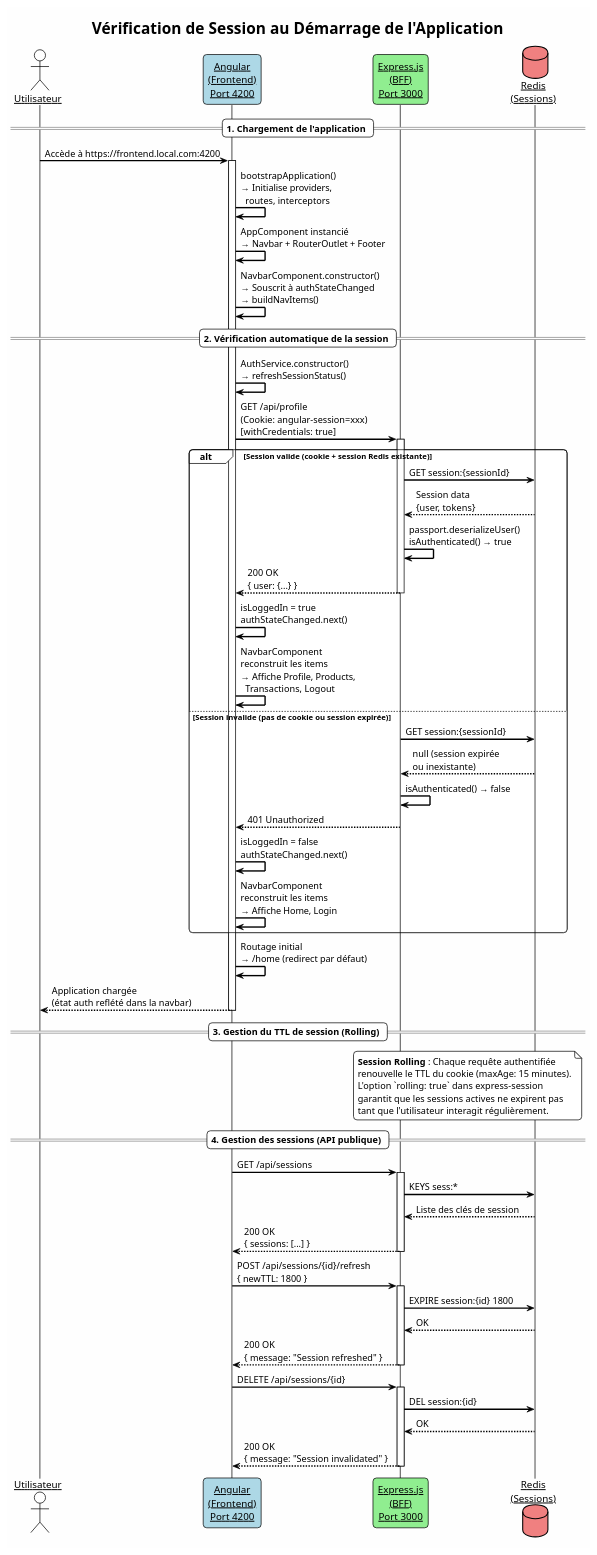
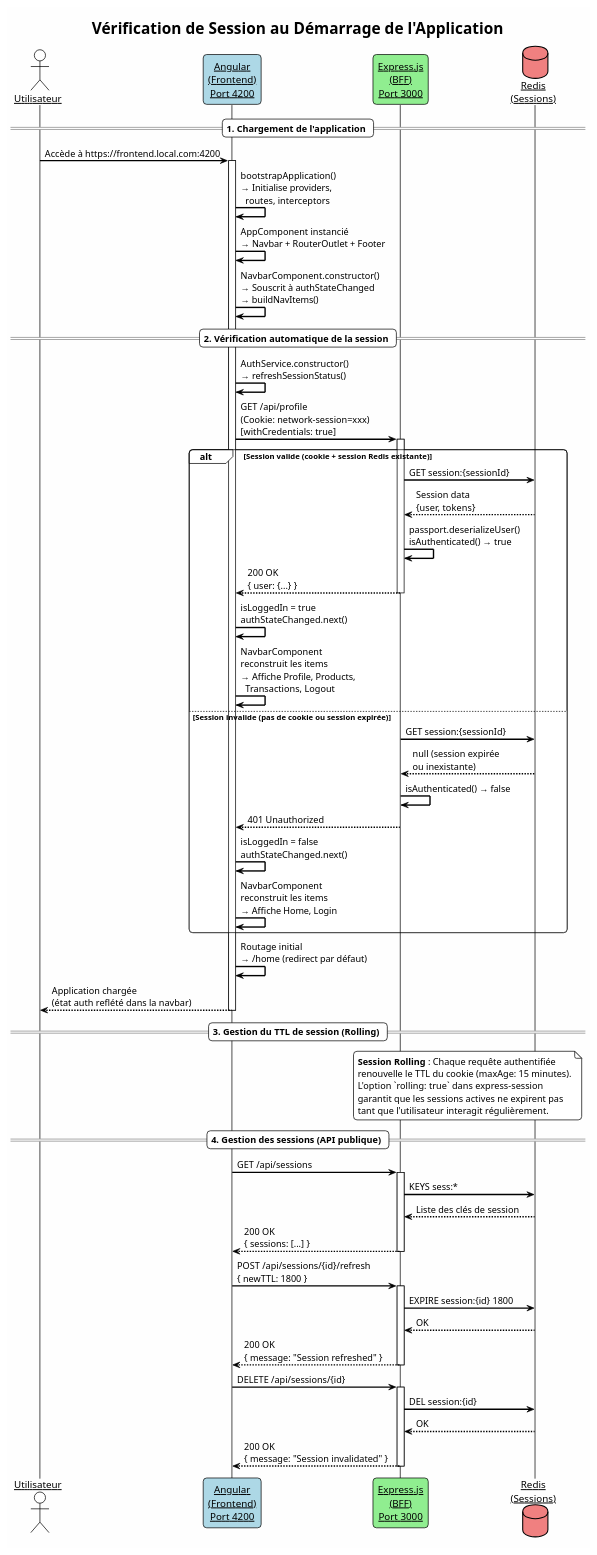
The diagram in docs/diagrams/sequence-session-check.puml (faliherizo/BFF-COOKIE-HTTPONLY), drawn with PlantUML before and after one commit. The commit also changed 272 other files, not shown here.

```diff
--- a/docs/diagrams/sequence-session-check.puml
+++ b/docs/diagrams/sequence-session-check.puml
@@ -1,86 +1,86 @@
 @startuml sequence-session-check
 !theme plain
 skinparam backgroundColor #FEFEFE
 skinparam sequenceArrowThickness 2
 skinparam roundcorner 10
 skinparam sequenceParticipant underline
 
 title Vérification de Session au Démarrage de l'Application
 
 actor "Utilisateur" as User
 participant "Angular\n(Frontend)\nPort 4200" as FE #LightBlue
 participant "Express.js\n(BFF)\nPort 3000" as BFF #LightGreen
 database "Redis\n(Sessions)" as Redis #LightCoral
 
 == 1. Chargement de l'application ==
 
 User -> FE : Accède à https://frontend.local.com:4200
 activate FE
 FE -> FE : bootstrapApplication()\n→ Initialise providers,\n  routes, interceptors
 FE -> FE : AppComponent instancié\n→ Navbar + RouterOutlet + Footer
 FE -> FE : NavbarComponent.constructor()\n→ Souscrit à authStateChanged\n→ buildNavItems()
 
 == 2. Vérification automatique de la session ==
 
 FE -> FE : AuthService.constructor()\n→ refreshSessionStatus()
 
-FE -> BFF : GET /api/profile\n(Cookie: angular-session=xxx)\n[withCredentials: true]
+FE -> BFF : GET /api/profile\n(Cookie: network-session=xxx)\n[withCredentials: true]
 activate BFF
 
 alt Session valide (cookie + session Redis existante)
   BFF -> Redis : GET session:{sessionId}
   Redis --> BFF : Session data\n{user, tokens}
   BFF -> BFF : passport.deserializeUser()\nisAuthenticated() → true
   BFF --> FE : 200 OK\n{ user: {...} }
   deactivate BFF
   FE -> FE : isLoggedIn = true\nauthStateChanged.next()
   FE -> FE : NavbarComponent\nreconstruit les items\n→ Affiche Profile, Products,\n  Transactions, Logout
   
 else Session invalide (pas de cookie ou session expirée)
   BFF -> Redis : GET session:{sessionId}
   Redis --> BFF : null (session expirée\nou inexistante)
   BFF -> BFF : isAuthenticated() → false
   BFF --> FE : 401 Unauthorized
   deactivate BFF
   FE -> FE : isLoggedIn = false\nauthStateChanged.next()
   FE -> FE : NavbarComponent\nreconstruit les items\n→ Affiche Home, Login
 end
 
 FE -> FE : Routage initial\n→ /home (redirect par défaut)
 FE --> User : Application chargée\n(état auth reflété dans la navbar)
 deactivate FE
 
 == 3. Gestion du TTL de session (Rolling) ==
 
 note over BFF, Redis
   **Session Rolling** : Chaque requête authentifiée
   renouvelle le TTL du cookie (maxAge: 15 minutes).
   L'option `rolling: true` dans express-session
   garantit que les sessions actives ne expirent pas
   tant que l'utilisateur interagit régulièrement.
 end note
 
 == 4. Gestion des sessions (API publique) ==
 
 FE -> BFF : GET /api/sessions
 activate BFF
 BFF -> Redis : KEYS sess:*
 Redis --> BFF : Liste des clés de session
 BFF --> FE : 200 OK\n{ sessions: [...] }
 deactivate BFF
 
 FE -> BFF : POST /api/sessions/{id}/refresh\n{ newTTL: 1800 }
 activate BFF
 BFF -> Redis : EXPIRE session:{id} 1800
 Redis --> BFF : OK
 BFF --> FE : 200 OK\n{ message: "Session refreshed" }
 deactivate BFF
 
 FE -> BFF : DELETE /api/sessions/{id}
 activate BFF
 BFF -> Redis : DEL session:{id}
 Redis --> BFF : OK
 BFF --> FE : 200 OK\n{ message: "Session invalidated" }
 deactivate BFF
 
 @enduml
```
